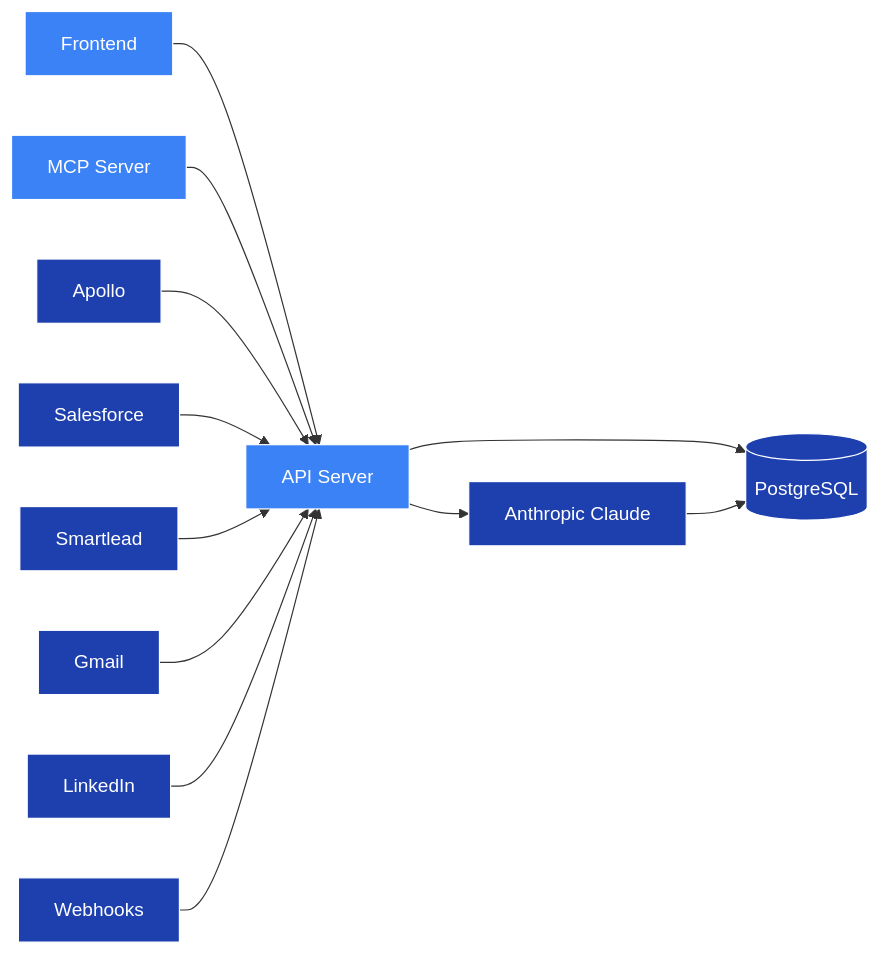
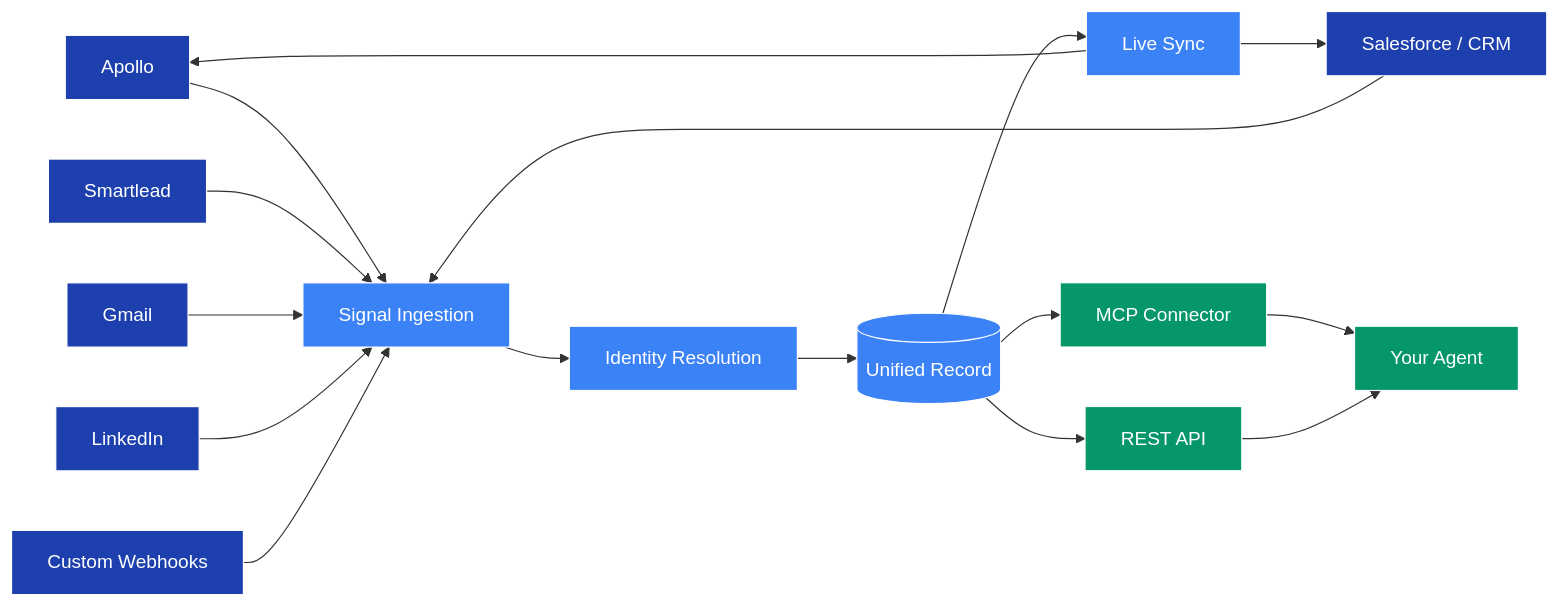
One commit to bennetglinder1/docs changed the diagram in getting-started/how-it-works.mdx. Above: the diagram before and after it, drawn with Mermaid. The commit also changed other lines of this file, not shown here.

Commit message:
docs: restore original diagram, rewrite in Postiz format

````diff
--- a/getting-started/how-it-works.mdx
+++ b/getting-started/how-it-works.mdx
@@ -10,31 +10,40 @@
-```mermaid
+```mermaid theme={null}
 flowchart LR
-    classDef ext fill:#1E40AF,color:white,stroke:#fff
-    classDef svc fill:#3B82F6,color:white,stroke:#fff
+    classDef source fill:#1E40AF,color:white,stroke:#fff
+    classDef core fill:#3B82F6,color:white,stroke:#fff
+    classDef output fill:#059669,color:white,stroke:#fff
 
-    frontend[Frontend]:::svc
-    api[API Server]:::svc
-    mcp[MCP Server]:::svc
-    db[(PostgreSQL)]:::ext
-    claude[Anthropic Claude]:::ext
+    apollo["Apollo"]:::source
+    sf["Salesforce / CRM"]:::source
+    smartlead["Smartlead"]:::source
+    gmail["Gmail"]:::source
+    linkedin["LinkedIn"]:::source
+    webhooks["Custom Webhooks"]:::source
 
-    apollo[Apollo]:::ext
-    salesforce[Salesforce]:::ext
-    smartlead[Smartlead]:::ext
-    gmail[Gmail]:::ext
-    linkedin[LinkedIn]:::ext
-    webhooks[Webhooks]:::ext
+    ingest["Signal Ingestion"]:::core
+    resolve["Identity Resolution"]:::core
+    db[("Unified Record")]:::core
+    sync["Live Sync"]:::core
 
-    frontend --> api
-    mcp --> api
-    api --> db
-    api --> claude
-    claude --> db
+    mcp["MCP Connector"]:::output
+    api["REST API"]:::output
+    agent["Your Agent"]:::output
 
-    apollo --> api
-    salesforce --> api
-    smartlead --> api
-    gmail --> api
-    linkedin --> api
-    webhooks --> api
+    apollo --> ingest
+    sf --> ingest
+    smartlead --> ingest
+    gmail --> ingest
+    linkedin --> ingest
+    webhooks --> ingest
+
+    ingest --> resolve
+    resolve --> db
+    db --> sync
+    sync --> apollo
+    sync --> sf
+
+    db --> mcp
+    db --> api
+    mcp --> agent
+    api --> agent
 ```
````
